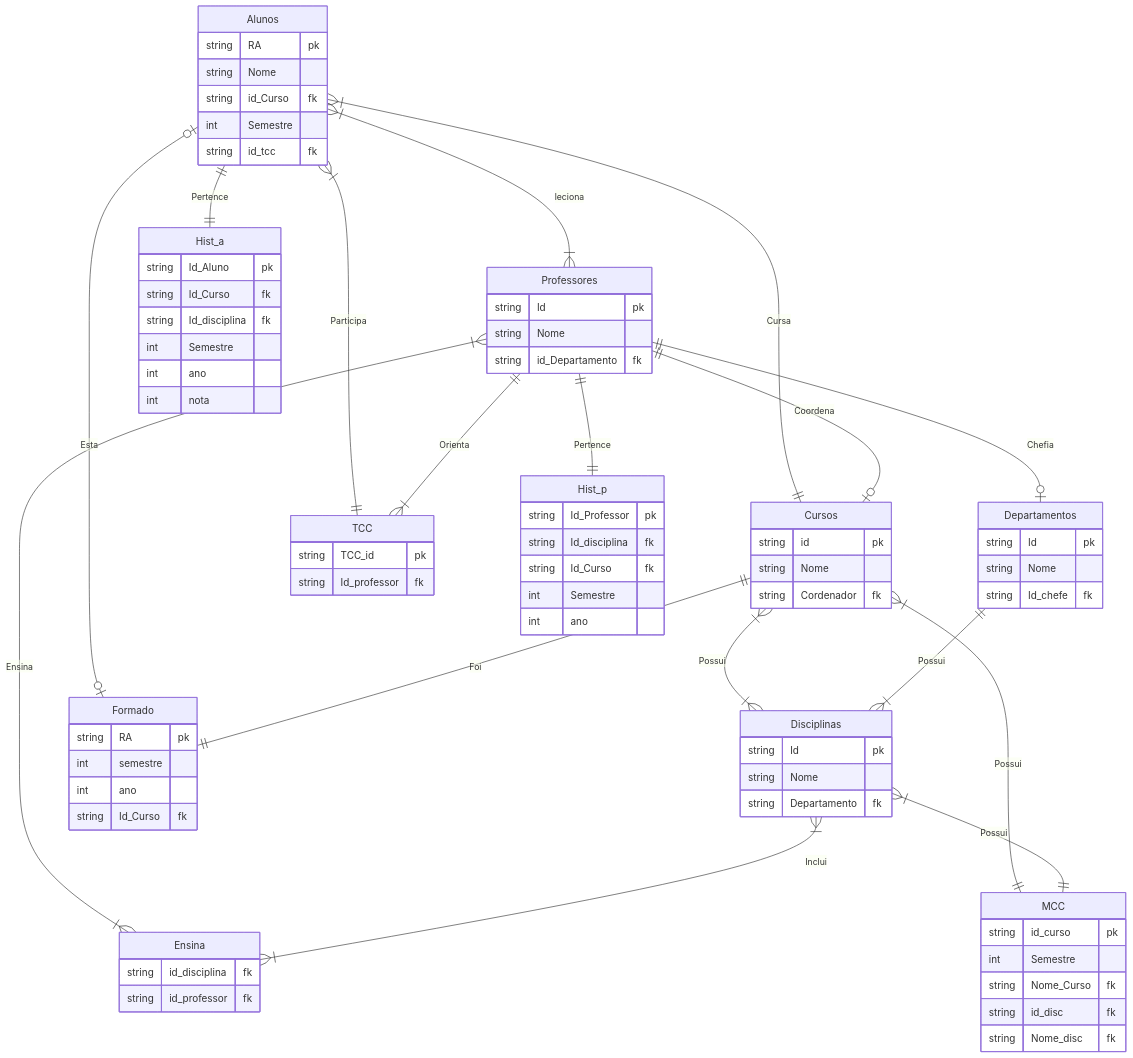
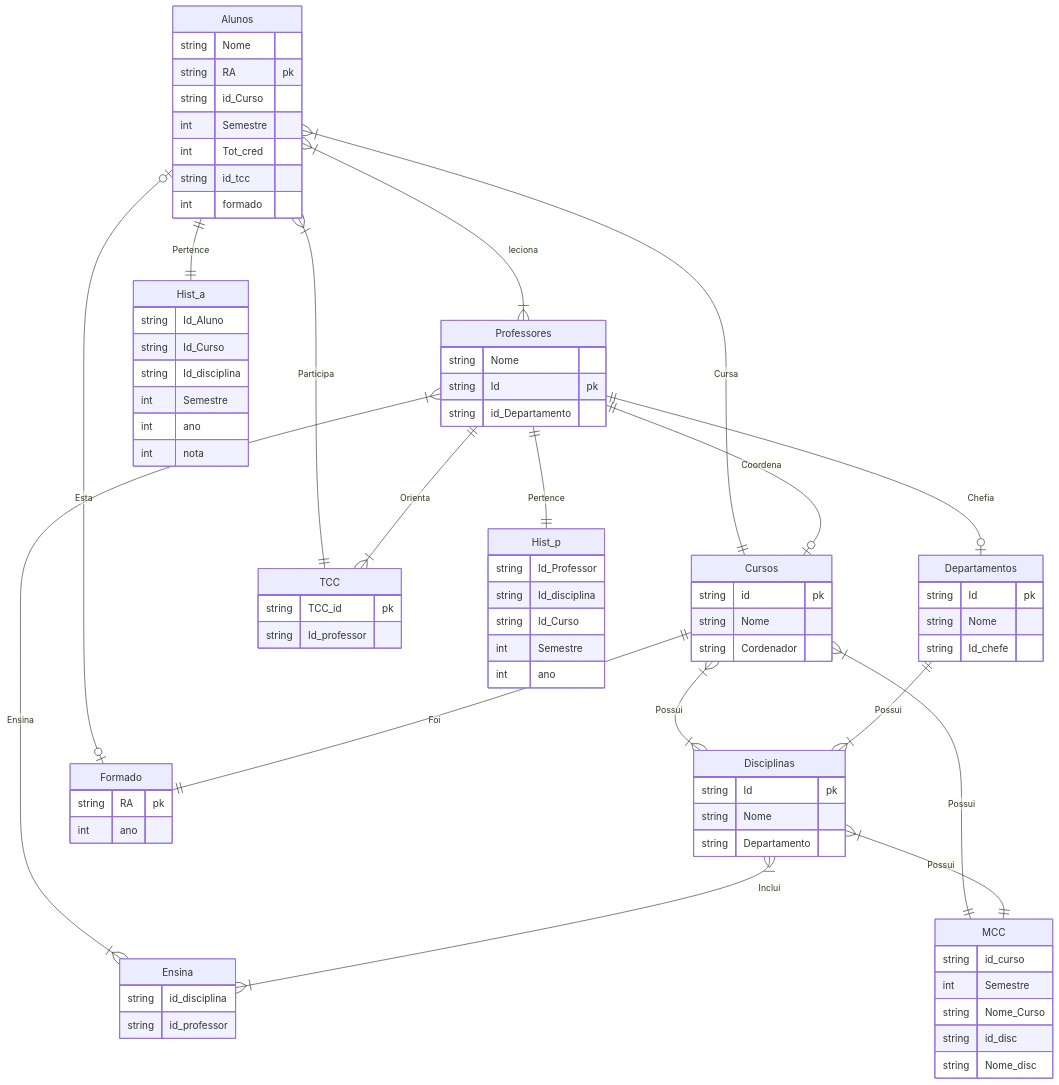
One commit to LucasRezendeSimoes/ProjetoDB changed the diagram in README.md. Above: the diagram before and after it, drawn with Mermaid. The commit also changed other lines of this file, not shown here.

````diff
--- a/README.md
+++ b/README.md
@@ -10,67 +10,67 @@
 ```mermaid
 erDiagram
     Alunos {
+        string Nome
         string RA pk
-        string Nome
-        string id_Curso fk
+        string id_Curso
         int Semestre
-        string id_tcc fk
+        int Tot_cred
+        string id_tcc
+        int formado
     }
     Professores {
+        string Nome
         string Id pk
-        string Nome
-        string id_Departamento fk
+        string id_Departamento
     }
     Cursos {
         string id pk
         string Nome
-        string Cordenador fk
+        string Cordenador
     }
     Departamentos {
         string Id pk
         string Nome
-        string Id_chefe fk
+        string Id_chefe
     }
     Disciplinas {
         string Id pk
         string Nome
-        string Departamento fk
+        string Departamento
     }
     MCC {
-        string id_curso pk
+        string id_curso
         int Semestre
-        string Nome_Curso fk
-        string id_disc fk
-        string Nome_disc fk
+        string Nome_Curso
+        string id_disc
+        string Nome_disc
     }
     TCC {
         string TCC_id pk
-        string Id_professor fk
+        string Id_professor
     }
     Hist_a {
-        string Id_Aluno pk
-        string Id_Curso fk
-        string Id_disciplina fk
+        string Id_Aluno
+        string Id_Curso
+        string Id_disciplina
         int Semestre
         int ano
         int nota
     }
     Hist_p {
-        string Id_Professor pk
-        string Id_disciplina fk
-        string Id_Curso fk
+        string Id_Professor
+        string Id_disciplina
+        string Id_Curso
         int Semestre
         int ano
     }
     Formado{
         string RA pk
-        int semestre
         int ano
-        string Id_Curso fk
     }
     Ensina{
-        string id_disciplina fk
-        string id_professor fk
+        string id_disciplina
+        string id_professor
     }
 
     Alunos }|--|{ Professores : leciona
````
